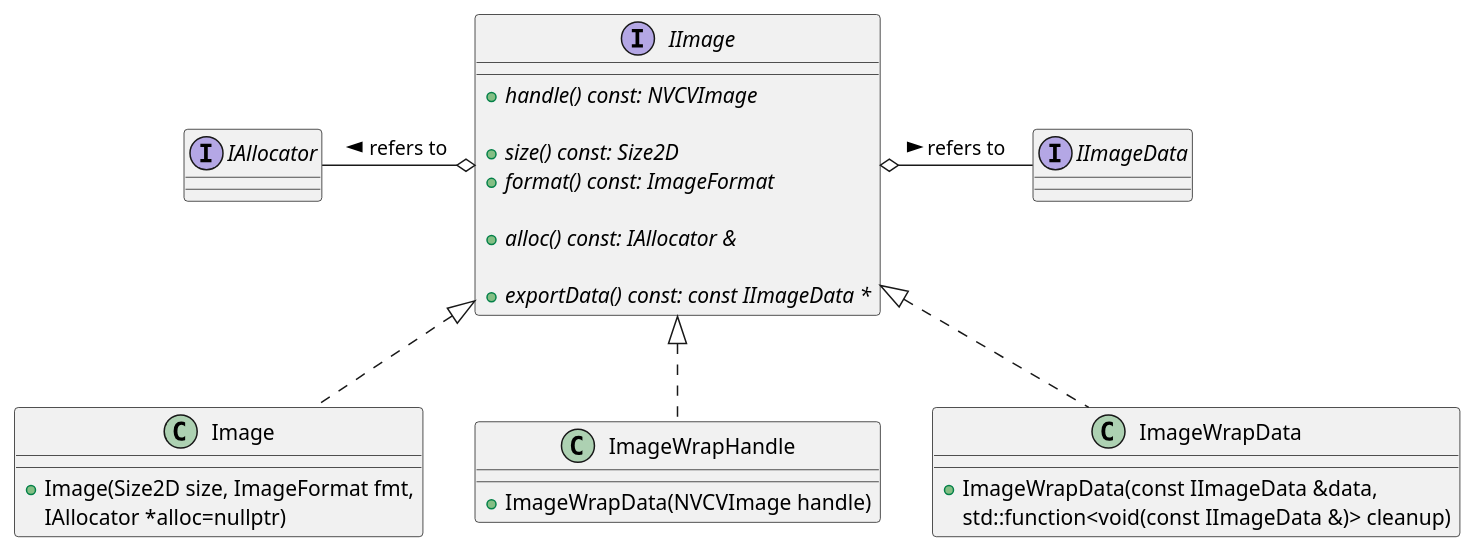
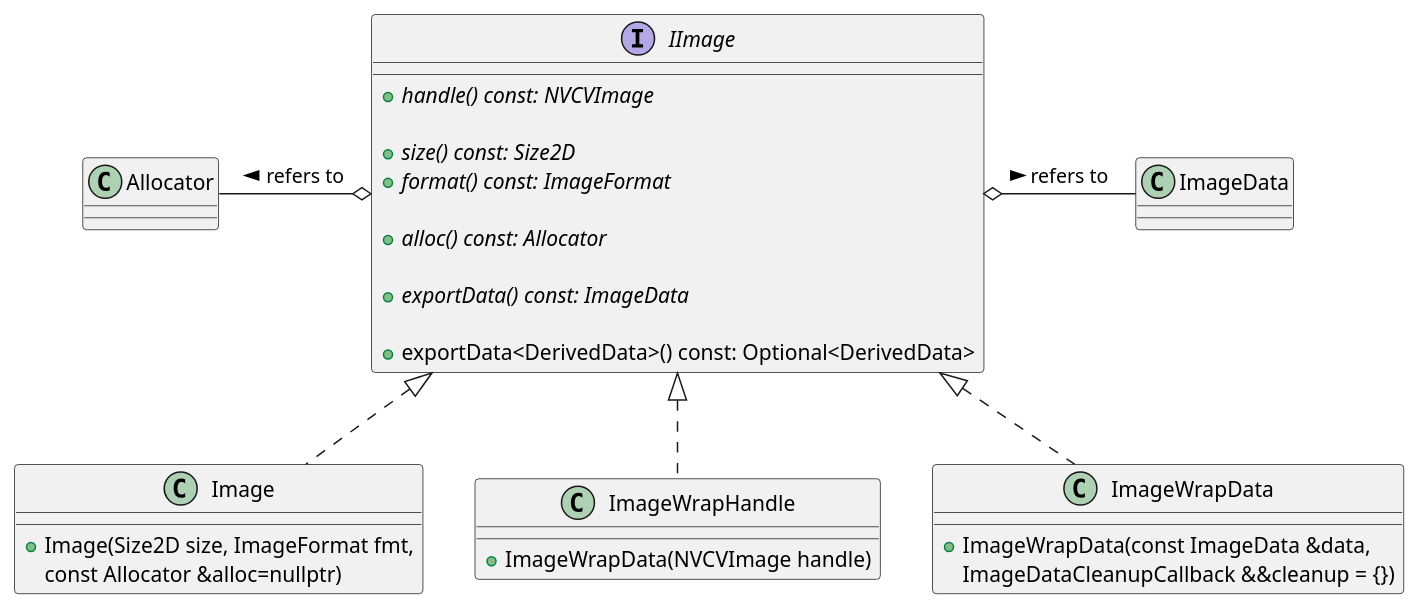
Before and after one commit to CVCUDA/CV-CUDA: the diagram in docs/design/image_classes.puml, drawn with PlantUML. The commit also changed other lines of this file and 479 other files, not shown here.

```diff
--- a/docs/design/image_classes.puml
+++ b/docs/design/image_classes.puml
@@ -13,39 +13,41 @@
 @startuml
 
-interface IAllocator
+class Allocator
 
-interface IImageData
+class ImageData
 
 interface IImage
 {
     + {abstract} handle() const: NVCVImage
 
     + {abstract} size() const: Size2D
     + {abstract} format() const: ImageFormat
 
-    + {abstract} alloc() const: IAllocator &
+    + {abstract} alloc() const: Allocator
 
-    + {abstract} exportData() const: const IImageData *
+    + {abstract} exportData() const: ImageData
+
+    + exportData<DerivedData>() const: Optional<DerivedData>
 }
 
-IAllocator -right-o IImage: refers to <
-IImageData -left-o IImage: refers to <
+Allocator -right-o IImage: refers to <
+ImageData -left-o IImage: refers to <
 
 class Image implements IImage
 {
     + Image(Size2D size, ImageFormat fmt,
-            IAllocator *alloc=nullptr)
+            const Allocator &alloc=nullptr)
 }
 
 class ImageWrapHandle implements IImage
 {
     + ImageWrapData(NVCVImage handle)
 }
 
 class ImageWrapData implements IImage
 {
-    + ImageWrapData(const IImageData &data,
-                    std::function<void(const IImageData &)> cleanup)
+    + ImageWrapData(const ImageData &data,
+                    ImageDataCleanupCallback &&cleanup = {})
 }
 
 @enduml
```
